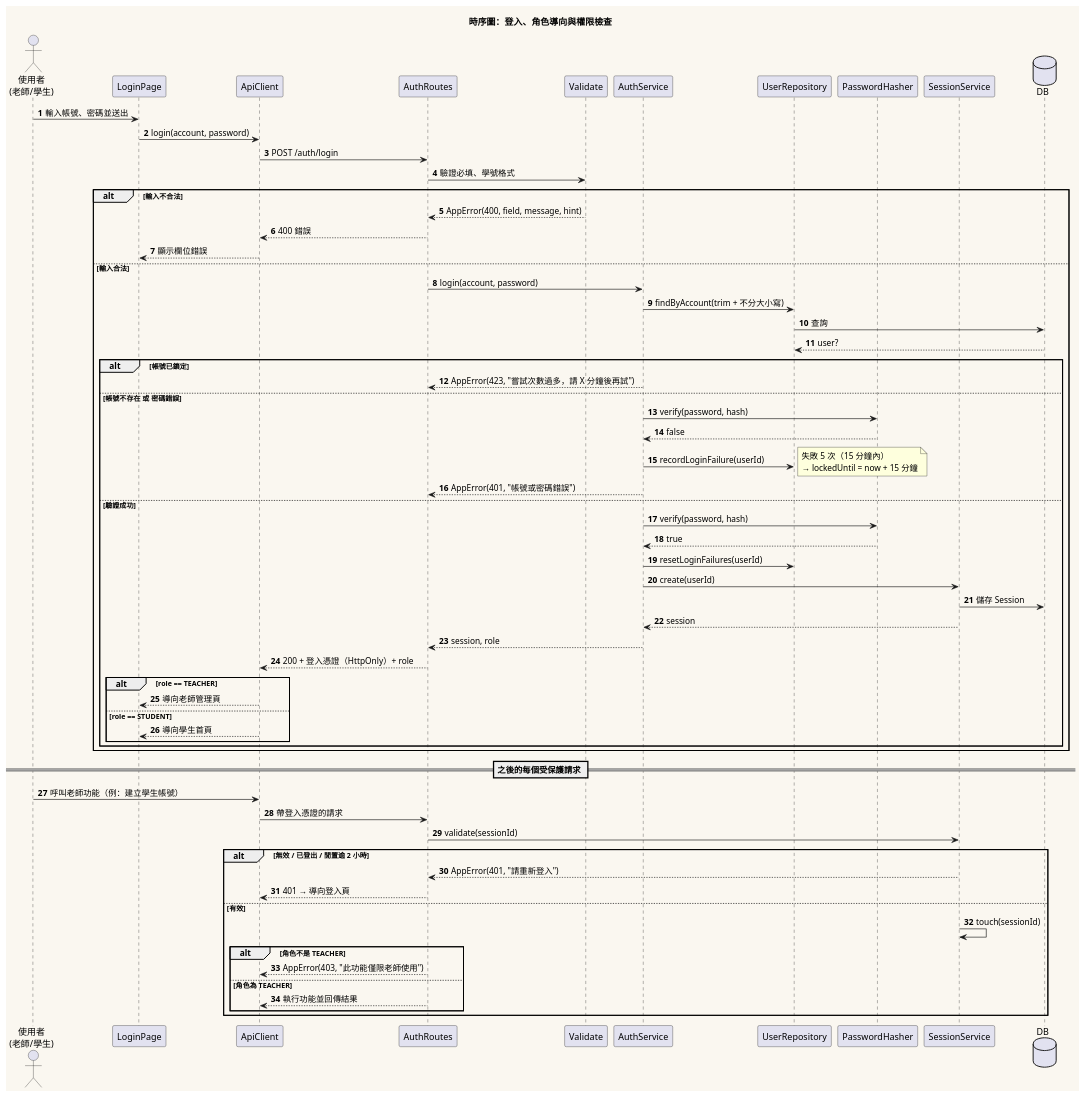
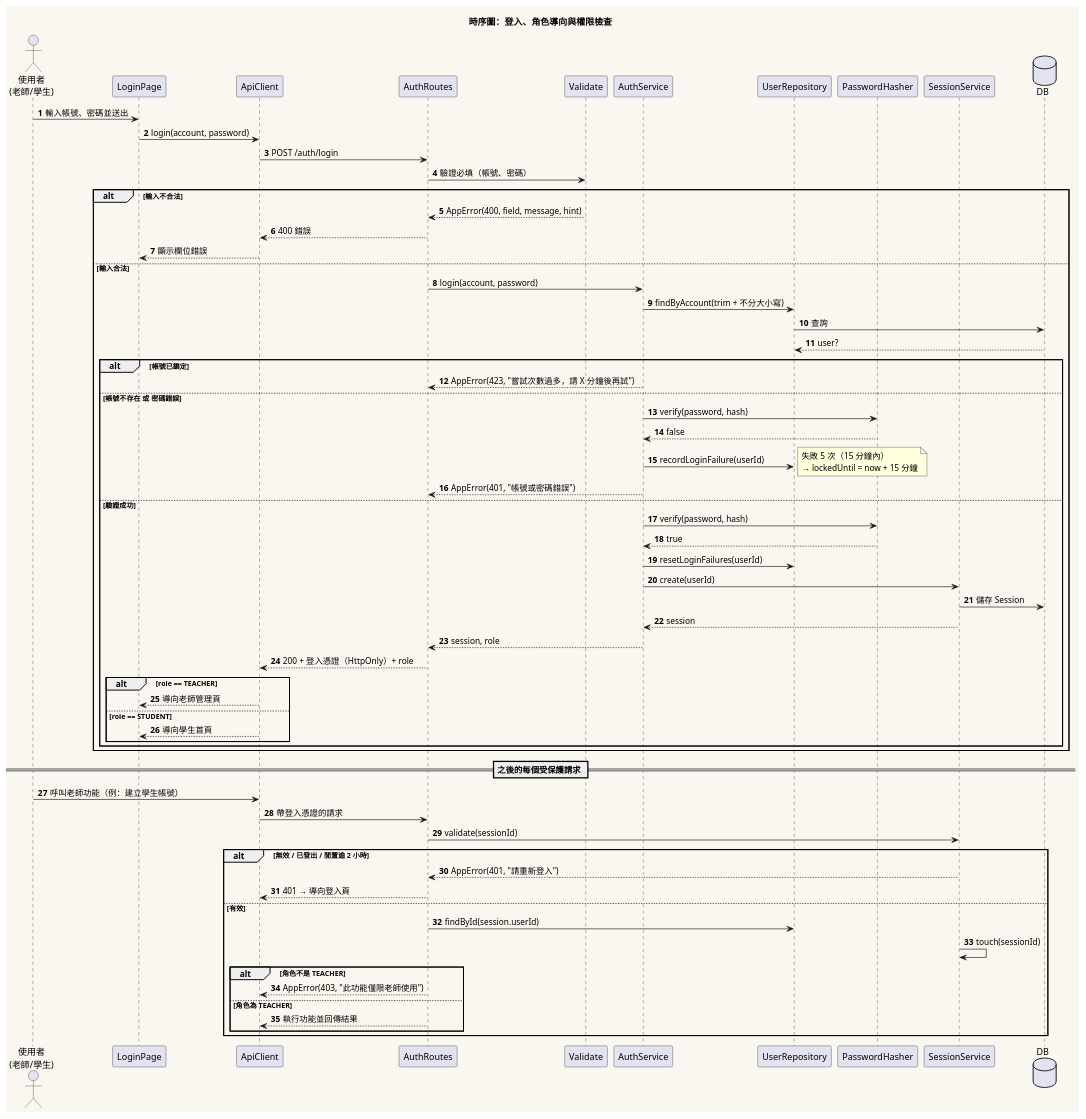
One commit to Ennn-1023/SE_project changed the diagram in diagrams/001-sequence-login.puml. Above: the diagram before and after it, drawn with PlantUML. The commit also changed 93 other files, not shown here.

```diff
--- a/diagrams/001-sequence-login.puml
+++ b/diagrams/001-sequence-login.puml
@@ -1,72 +1,73 @@
 @startuml 001-sequence-login
 title 時序圖：登入、角色導向與權限檢查
 
 skinparam backgroundColor #FAF7F0
 skinparam shadowing false
 autonumber
 
 actor "使用者\n(老師/學生)" as U
 participant "LoginPage" as LP
 participant "ApiClient" as API
 participant "AuthRoutes" as R
 participant "Validate" as V
 participant "AuthService" as AS
 participant "UserRepository" as UR
 participant "PasswordHasher" as H
 participant "SessionService" as SS
 database "DB" as DB
 
 U -> LP : 輸入帳號、密碼並送出
 LP -> API : login(account, password)
 API -> R : POST /auth/login
-R -> V : 驗證必填、學號格式
+R -> V : 驗證必填（帳號、密碼）
 alt 輸入不合法
   V --> R : AppError(400, field, message, hint)
   R --> API : 400 錯誤
   API --> LP : 顯示欄位錯誤
 else 輸入合法
   R -> AS : login(account, password)
   AS -> UR : findByAccount(trim + 不分大小寫)
   UR -> DB : 查詢
   DB --> UR : user?
   alt 帳號已鎖定
     AS --> R : AppError(423, "嘗試次數過多，請 X 分鐘後再試")
   else 帳號不存在 或 密碼錯誤
     AS -> H : verify(password, hash)
     H --> AS : false
     AS -> UR : recordLoginFailure(userId)
     note right : 失敗 5 次（15 分鐘內）\n→ lockedUntil = now + 15 分鐘
     AS --> R : AppError(401, "帳號或密碼錯誤")
   else 驗證成功
     AS -> H : verify(password, hash)
     H --> AS : true
     AS -> UR : resetLoginFailures(userId)
     AS -> SS : create(userId)
     SS -> DB : 儲存 Session
     SS --> AS : session
     AS --> R : session, role
     R --> API : 200 + 登入憑證（HttpOnly）+ role
     alt role == TEACHER
       API --> LP : 導向老師管理頁
     else role == STUDENT
       API --> LP : 導向學生首頁
     end
   end
 end
 
 == 之後的每個受保護請求 ==
 U -> API : 呼叫老師功能（例：建立學生帳號）
 API -> R : 帶登入憑證的請求
 R -> SS : validate(sessionId)
 alt 無效 / 已登出 / 閒置逾 2 小時
   SS --> R : AppError(401, "請重新登入")
   R --> API : 401 → 導向登入頁
 else 有效
+  R -> UR : findById(session.userId)
   SS -> SS : touch(sessionId)
   alt 角色不是 TEACHER
     R --> API : AppError(403, "此功能僅限老師使用")
   else 角色為 TEACHER
     R --> API : 執行功能並回傳結果
   end
 end
 @enduml
```
